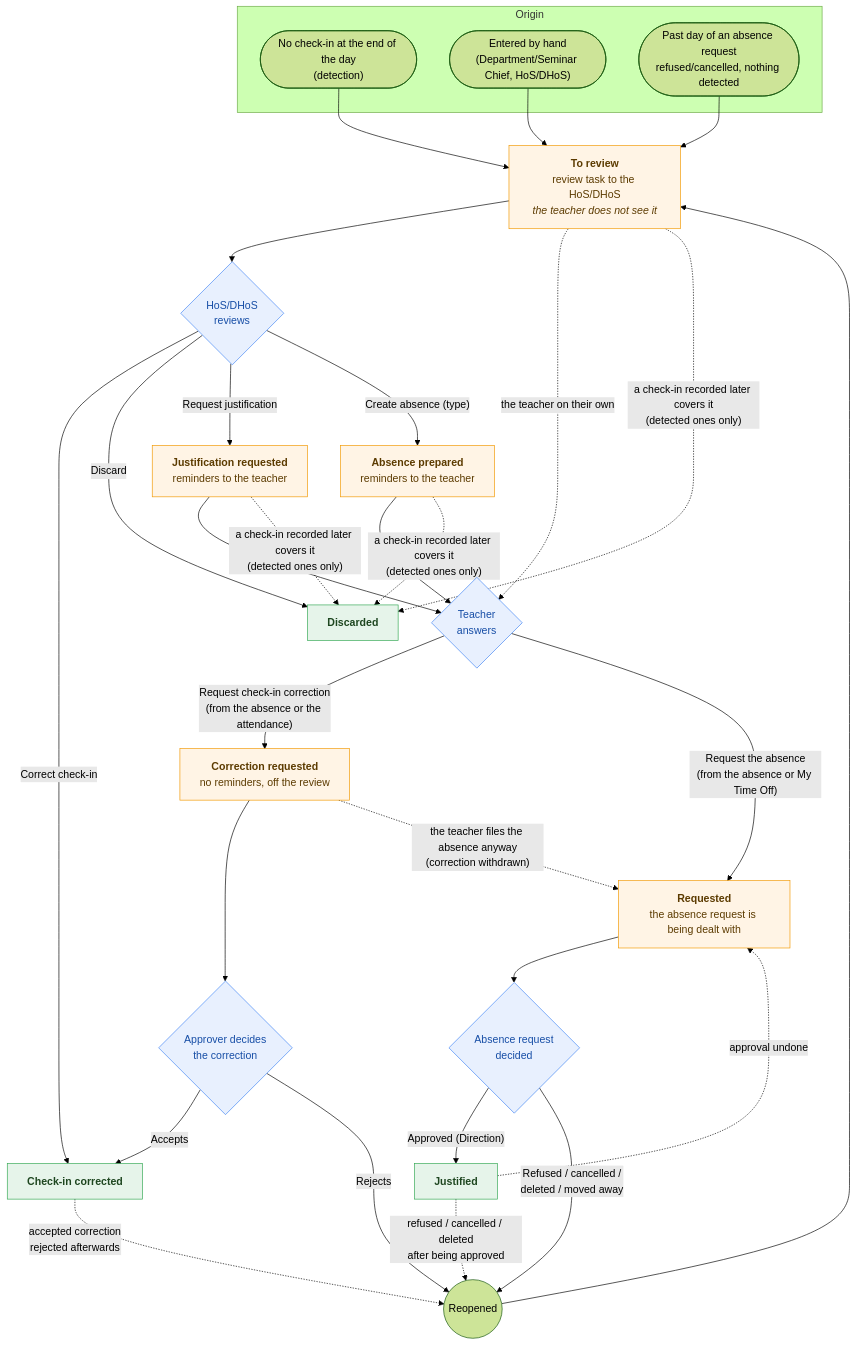
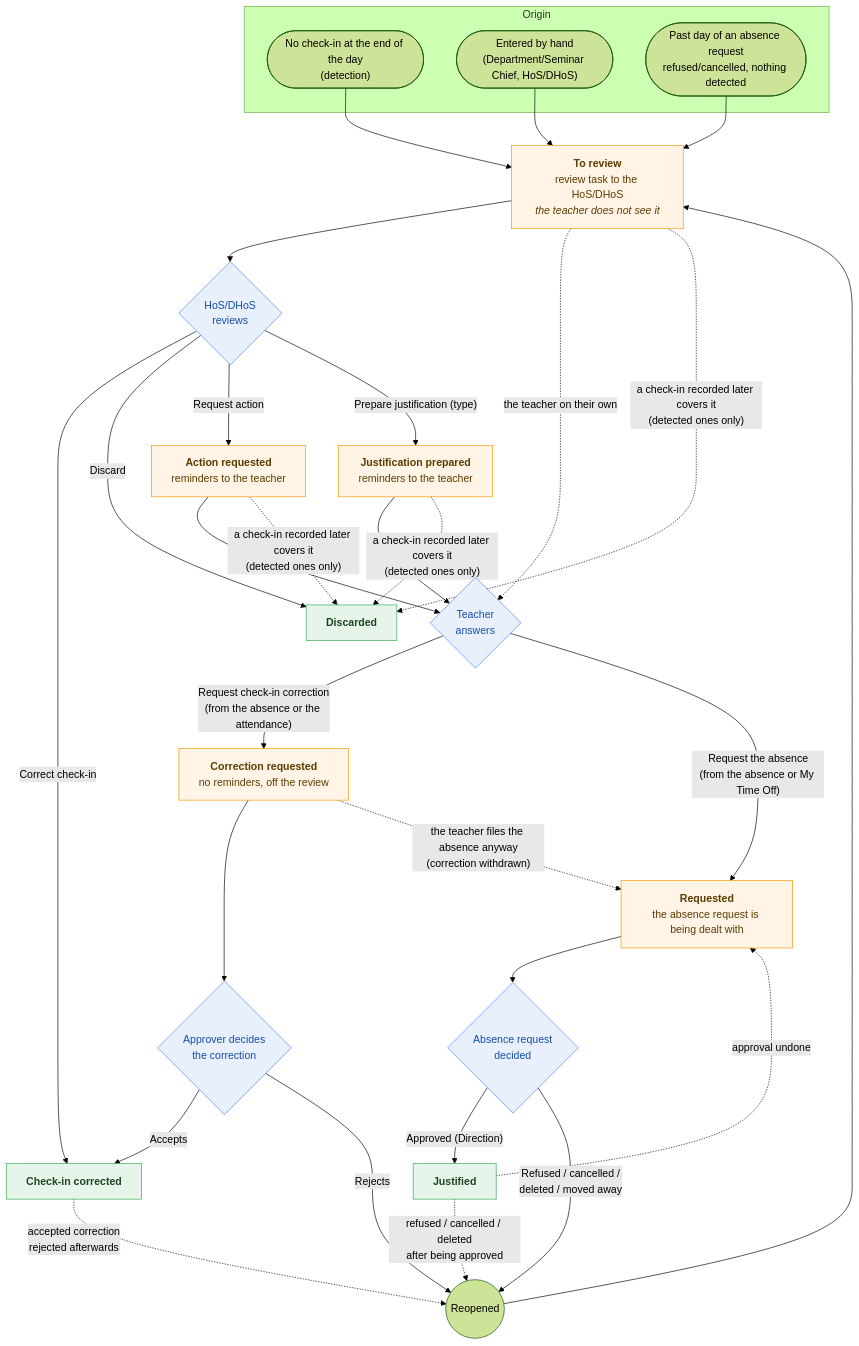
One commit to ElPuig/EMS changed the fourth of 10 diagrams in docs/en/developers/employees/absence.md. Above: the diagram before and after it, drawn with Mermaid (forest theme). The commit also changed other lines of this file and 4 other files, not shown here.

````diff
--- a/docs/en/developers/employees/absence.md
+++ b/docs/en/developers/employees/absence.md
@@ -699,52 +699,52 @@
 ```mermaid
 flowchart TB
     subgraph origin["Origin"]
         detect(["No check-in at the end of the day<br/>(detection)"])
         inform(["Entered by hand<br/>(Department/Seminar Chief, HoS/DHoS)"])
         dropped(["Past day of an absence request<br/>refused/cancelled, nothing detected"])
     end
     detect & inform & dropped --> pending
 
     pending["<b>To review</b><br/>review task to the HoS/DHoS<br/><i>the teacher does not see it</i>"]
     pending --> review{"HoS/DHoS<br/>reviews"}
     review -- "Correct check-in" --> corrected
     review -- "Discard" --> discarded
-    review -- "Request justification" --> justif
-    review -- "Create absence (type)" --> prepared
+    review -- "Request action" --> justif
+    review -- "Prepare justification (type)" --> prepared
 
-    justif["<b>Justification requested</b><br/>reminders to the teacher"]
-    prepared["<b>Absence prepared</b><br/>reminders to the teacher"]
+    justif["<b>Action requested</b><br/>reminders to the teacher"]
+    prepared["<b>Justification prepared</b><br/>reminders to the teacher"]
     justif & prepared --> teacher{"Teacher<br/>answers"}
     pending -. "the teacher on their own" .-> teacher
 
     teacher -- "Request check-in correction<br/>(from the absence or the attendance)" --> corrreq
     teacher -- "Request the absence<br/>(from the absence or My Time Off)" --> linked
 
     corrreq["<b>Correction requested</b><br/>no reminders, off the review"]
     corrreq --> approver{"Approver decides<br/>the correction"}
     approver -- "Accepts" --> corrected
     approver -- "Rejects" --> reopen
     corrreq -. "the teacher files the absence anyway<br/>(correction withdrawn)" .-> linked
 
     linked["<b>Requested</b><br/>the absence request is being dealt with"]
     linked --> leave{"Absence request<br/>decided"}
     leave -- "Approved (Direction)" --> justified
     leave -- "Refused / cancelled /<br/>deleted / moved away" --> reopen
     justified -. "approval undone" .-> linked
     justified -. "refused / cancelled / deleted<br/>after being approved" .-> reopen
 
     corrected["<b>Check-in corrected</b>"]
     justified["<b>Justified</b>"]
     discarded["<b>Discarded</b>"]
     corrected -. "accepted correction<br/>rejected afterwards" .-> reopen
     pending & justif & prepared -. "a check-in recorded later covers it<br/>(detected ones only)" .-> discarded
 
     reopen(("Reopened")) --> pending
 
     classDef final fill:#e6f4ea,stroke:#34a853,color:#1e4620
     classDef open fill:#fff4e5,stroke:#f29900,color:#5c3b00
     classDef decision fill:#e8f0fe,stroke:#4285f4,color:#174ea6
     class corrected,discarded,justified final
     class pending,justif,prepared,corrreq,linked open
     class review,teacher,approver,leave decision
 ```
````
